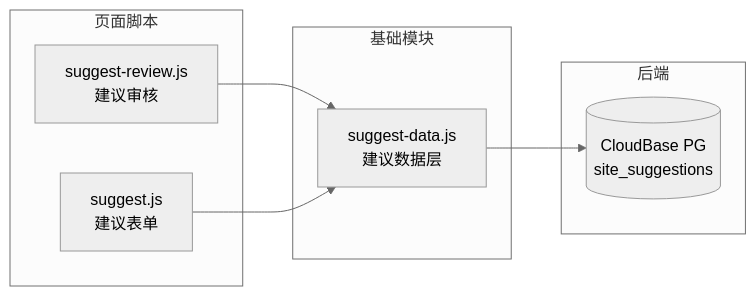
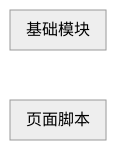
The second of 2 diagrams in 架构.md (cangwu-protect-union/cangwu-protect-union.github.io), drawn with Mermaid (neutral theme) before and after one commit. The commit also changed other lines of this file and 16 other files, not shown here.

````diff
--- a/架构.md
+++ b/架构.md
@@ -47,23 +45,11 @@
 ```mermaid
 flowchart LR
 
   subgraph scriptLayer2["页面脚本"]
-    S_suggest_review["suggest-review.js<br/>建议审核"]
-    S_suggest["suggest.js<br/>建议表单"]
   end
 
   subgraph baseLayer["基础模块"]
-    M_suggest_data["suggest-data.js<br/>建议数据层"]
-  end
-
-  subgraph backend["后端"]
-    DB[("CloudBase PG<br/>site_suggestions")]
   end
 
   %% 页面脚本 → 基础模块
-  S_suggest_review --> M_suggest_data
-  S_suggest --> M_suggest_data
-
-  %% 后端
-  M_suggest_data --> DB
 ```
````
